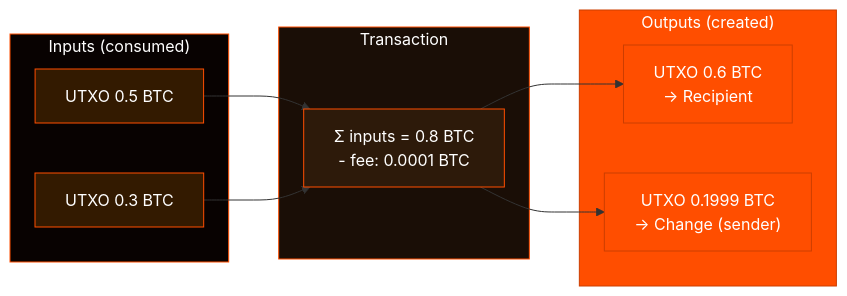
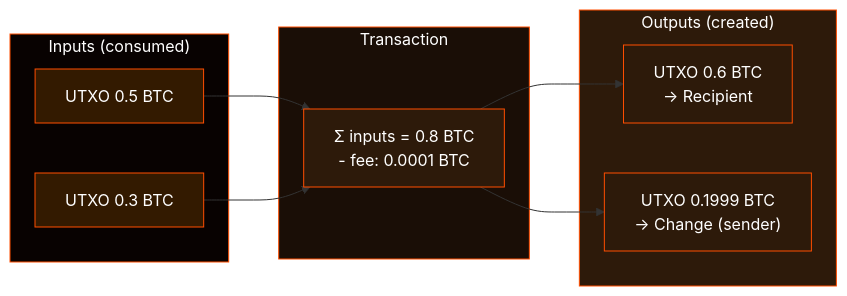
One commit to gatteo/wdk-docs changed the fourth of 5 diagrams in resources/concepts.md. Above: the diagram before and after it, drawn with Mermaid. The commit also changed other lines of this file and 16 other files, not shown here.

Commit message:
docs: replace all primary orange backgrounds with dark tones in diagrams

````diff
--- a/resources/concepts.md
+++ b/resources/concepts.md
@@ -191,30 +191,30 @@
 ```mermaid
 flowchart LR
     subgraph Inputs["Inputs (consumed)"]
         UTXO1["UTXO 0.5 BTC"]
         UTXO2["UTXO 0.3 BTC"]
     end
 
     subgraph TX["Transaction"]
         Process["Σ inputs = 0.8 BTC\n- fee: 0.0001 BTC"]
     end
 
     subgraph Outputs["Outputs (created)"]
         Out1["UTXO 0.6 BTC\n→ Recipient"]
         Out2["UTXO 0.1999 BTC\n→ Change (sender)"]
     end
 
     UTXO1 --> Process
     UTXO2 --> Process
     Process --> Out1
     Process --> Out2
 
     style Inputs fill:#080201,stroke:#FF4E00,color:#fff
     style TX fill:#1a0e06,stroke:#FF4E00,color:#fff
-    style Outputs fill:#FF4E00,stroke:#cc3e00,color:#fff
+    style Outputs fill:#2d1a0a,stroke:#FF4E00,color:#fff
     style UTXO1 fill:#331a00,stroke:#FF4E00,color:#fff
     style UTXO2 fill:#331a00,stroke:#FF4E00,color:#fff
     style Process fill:#2d1a0a,stroke:#FF4E00,color:#fff
-    style Out1 fill:#FF4E00,stroke:#cc3e00,color:#fff
-    style Out2 fill:#FF4E00,stroke:#cc3e00,color:#fff
+    style Out1 fill:#2d1a0a,stroke:#FF4E00,color:#fff
+    style Out2 fill:#2d1a0a,stroke:#FF4E00,color:#fff
 ```
````
